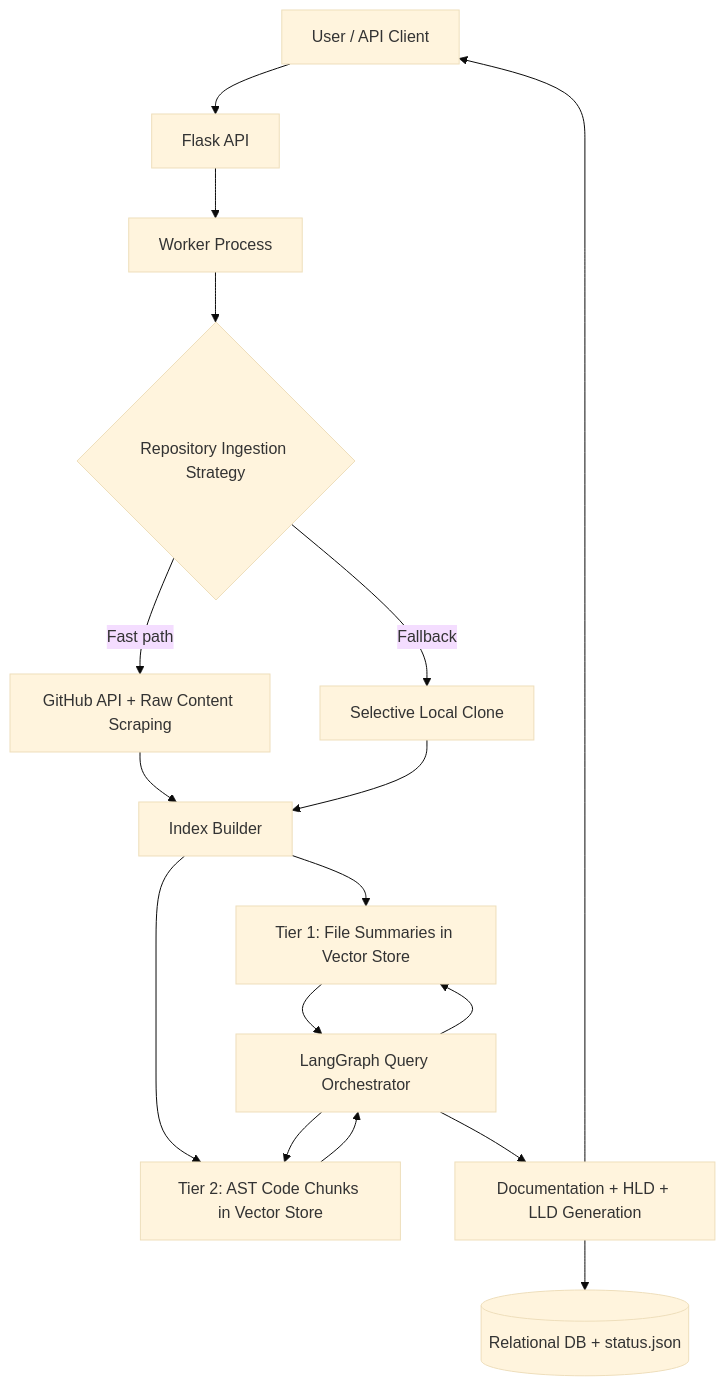
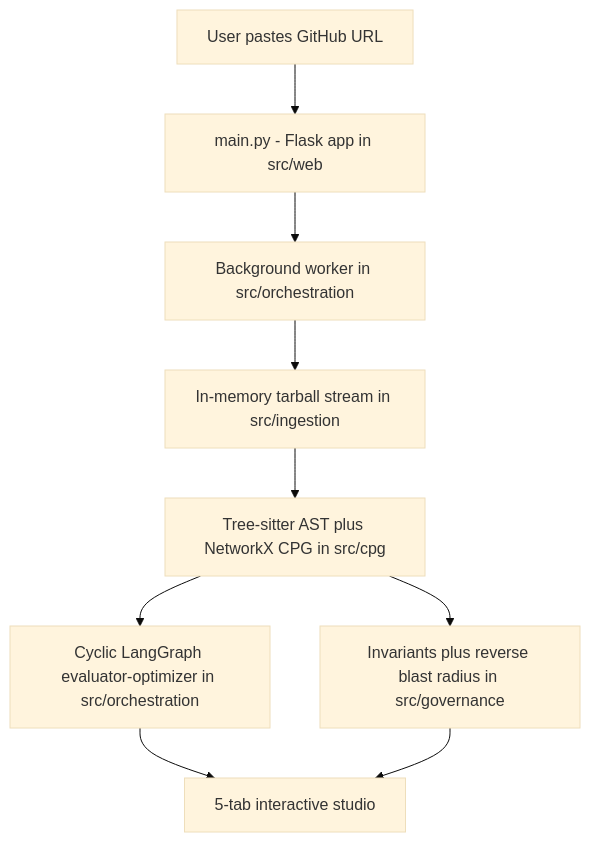
The diagram in README.md (krishnakumarbhat/ArchiMind), drawn with Mermaid (base theme) before and after one commit. The commit also changed other lines of this file and 17 other files, not shown here.

````diff
--- a/README.md
+++ b/README.md
@@ -83,24 +47,11 @@
 ```mermaid
 flowchart TD
-        U[User / API Client] --> A[Flask API]
-        A --> W[Worker Process]
-
-        W --> R{Repository Ingestion Strategy}
-        R -->|Fast path| G[GitHub API + Raw Content Scraping]
-        R -->|Fallback| C[Selective Local Clone]
-
-        G --> I[Index Builder]
-        C --> I
-
-        I --> S[Tier 1: File Summaries in Vector Store]
-        I --> K[Tier 2: AST Code Chunks in Vector Store]
-
-        Q[LangGraph Query Orchestrator] --> S
-        Q --> K
-        S --> Q
-        K --> Q
-
-        Q --> D[Documentation + HLD + LLD Generation]
-        D --> J[(Relational DB + status.json)]
-        D --> U
+    U[User pastes GitHub URL] --> WEB[main.py - Flask app in src/web]
+    WEB --> WORKER[Background worker in src/orchestration]
+    WORKER --> INGEST[In-memory tarball stream in src/ingestion]
+    INGEST --> CPG[Tree-sitter AST plus NetworkX CPG in src/cpg]
+    CPG --> GOV[Invariants plus reverse blast radius in src/governance]
+    CPG --> LOOP[Cyclic LangGraph evaluator-optimizer in src/orchestration]
+    LOOP --> STUDIO[5-tab interactive studio]
+    GOV --> STUDIO
 ```
````
